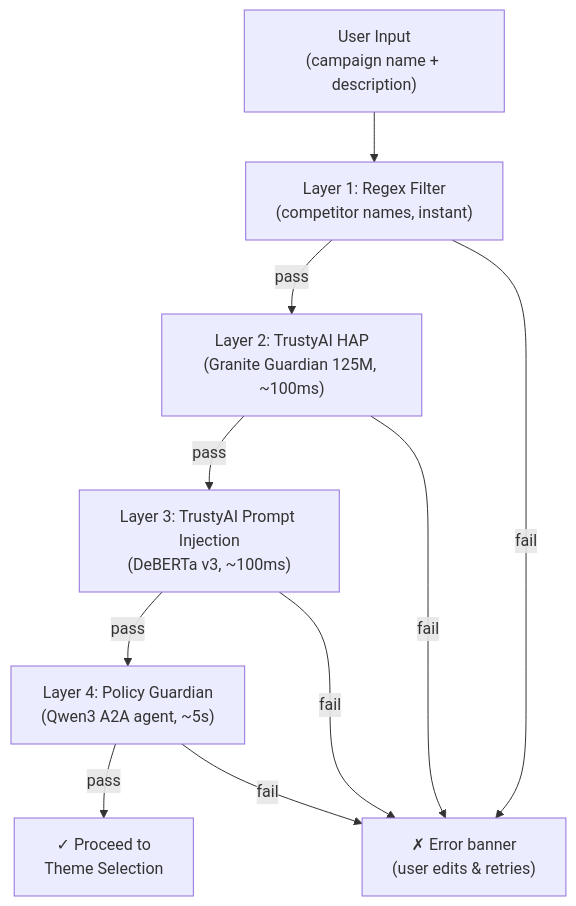
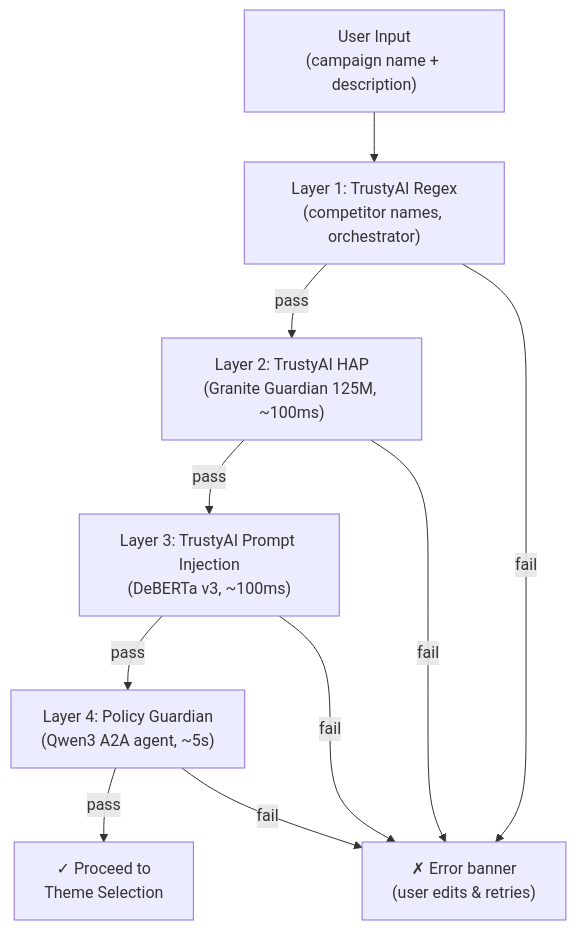
One commit to gymnatics/Marketing-Assistant-Demo changed the fourth of 4 diagrams in README.md. Above: the diagram before and after it, drawn with Mermaid. The commit also changed 4 other files, not shown here.

First line of the commit message:
Route competitor regex guardrail through TrustyAI orchestrator

````diff
--- a/README.md
+++ b/README.md
@@ -319,20 +319,20 @@
 ```mermaid
 flowchart TD
     Input["User Input\n(campaign name + description)"] --> L1
     
-    L1["Layer 1: Regex Filter\n(competitor names, instant)"]
+    L1["Layer 1: TrustyAI Regex\n(competitor names, orchestrator)"]
     L1 -->|pass| L2
     L1 -->|"fail"| Reject
 
     L2["Layer 2: TrustyAI HAP\n(Granite Guardian 125M, ~100ms)"]
     L2 -->|pass| L3
     L2 -->|"fail"| Reject
 
     L3["Layer 3: TrustyAI Prompt Injection\n(DeBERTa v3, ~100ms)"]
     L3 -->|pass| L4
     L3 -->|"fail"| Reject
 
     L4["Layer 4: Policy Guardian\n(Qwen3 A2A agent, ~5s)"]
     L4 -->|pass| Accept["✓ Proceed to\nTheme Selection"]
     L4 -->|"fail"| Reject["✗ Error banner\n(user edits & retries)"]
 ```
````
